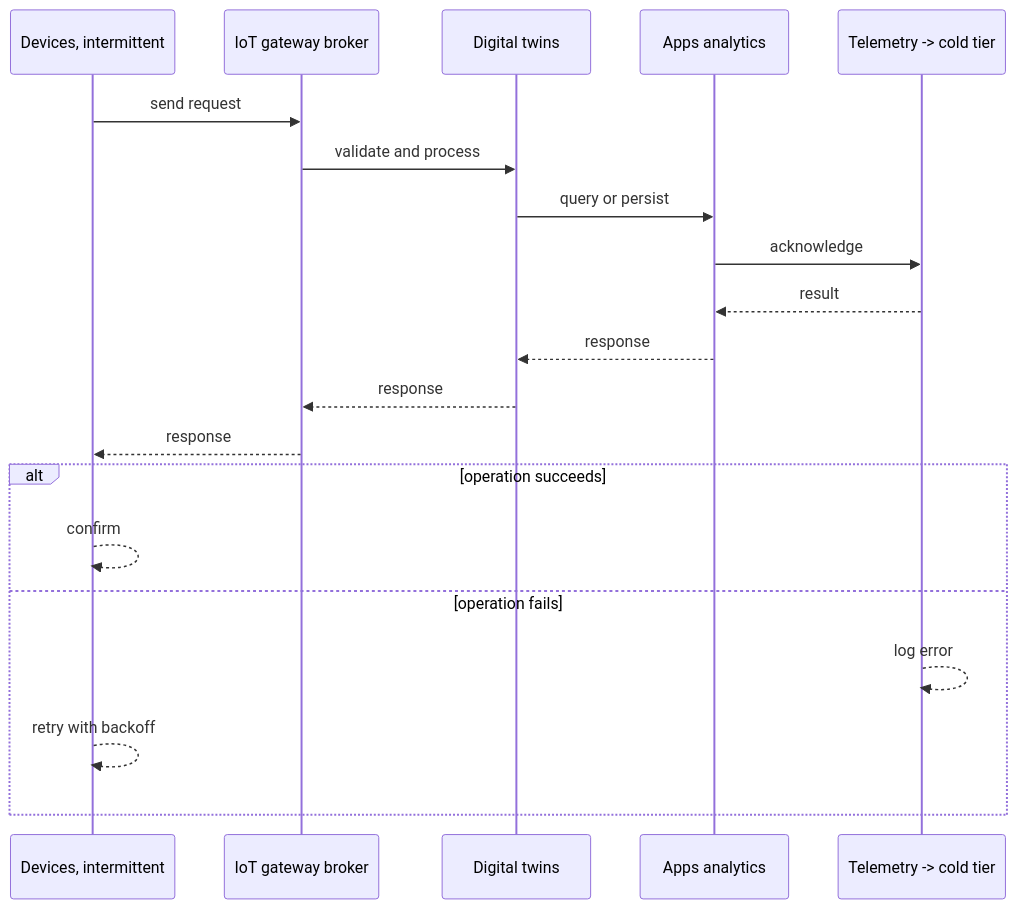
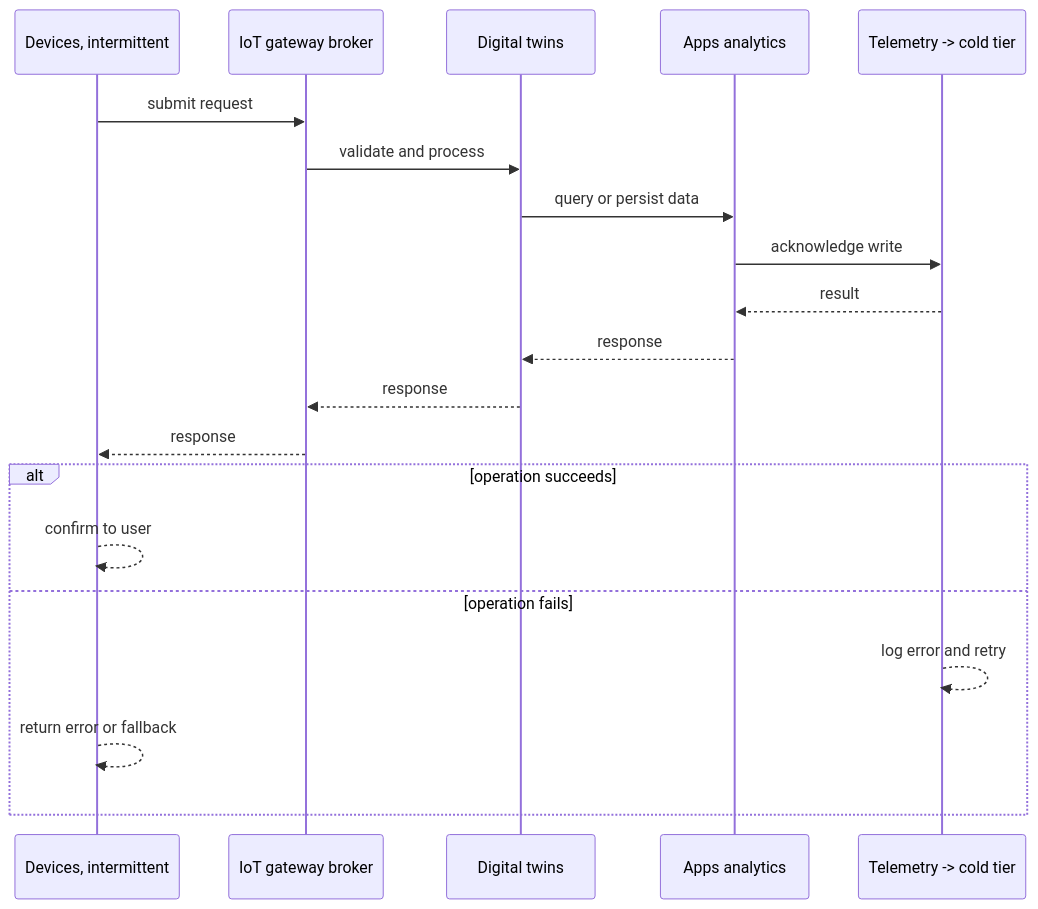
The second of 4 diagrams in case-studies/extreme/iot-platform.md (RIT-MESH/system-design-mastery), drawn with Mermaid before and after one commit. The commit also changed other lines of this file and 127 other files, not shown here.

First line of the commit message:
Improve all case study diagrams: case-specific sequences, fix truncated labels

````diff
--- a/case-studies/extreme/iot-platform.md
+++ b/case-studies/extreme/iot-platform.md
@@ -72,23 +72,23 @@
 ```mermaid
 %% created-for: system-design-mastery
 sequenceDiagram
-  participant C0 as Devices, intermittent
-  participant C1 as IoT gateway broker
-  participant C2 as Digital twins
-  participant C3 as Apps analytics
-  participant C4 as Telemetry -> cold tier
-  C0 ->> C1: send request
-  C1 ->> C2: validate and process
-  C2 ->> C3: query or persist
-  C3 ->> C4: acknowledge
-  C4 -->> C3: result
-  C3 -->> C2: response
-  C2 -->> C1: response
-  C1 -->> C0: response
+  participant P0 as Devices, intermittent
+  participant P1 as IoT gateway broker
+  participant P2 as Digital twins
+  participant P3 as Apps analytics
+  participant P4 as Telemetry -> cold tier
+  P0 ->> P1: submit request
+  P1 ->> P2: validate and process
+  P2 ->> P3: query or persist data
+  P3 ->> P4: acknowledge write
+  P4 -->> P3: result
+  P3 -->> P2: response
+  P2 -->> P1: response
+  P1 -->> P0: response
   alt operation succeeds
-    C0 -->> C0: confirm
+    P0 -->> P0: confirm to user
   else operation fails
-    C4 -->> C4: log error
-    C0 -->> C0: retry with backoff
+    P4 -->> P4: log error and retry
+    P0 -->> P0: return error or fallback
   end
 ```
````
